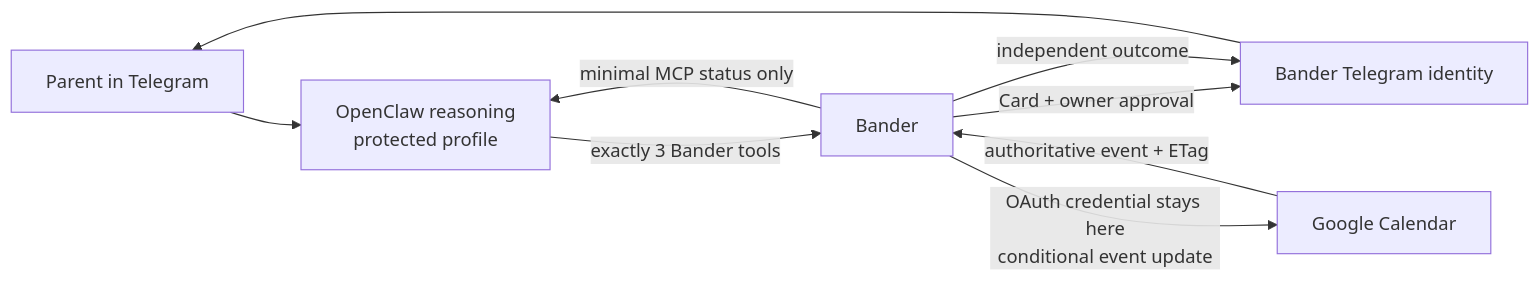
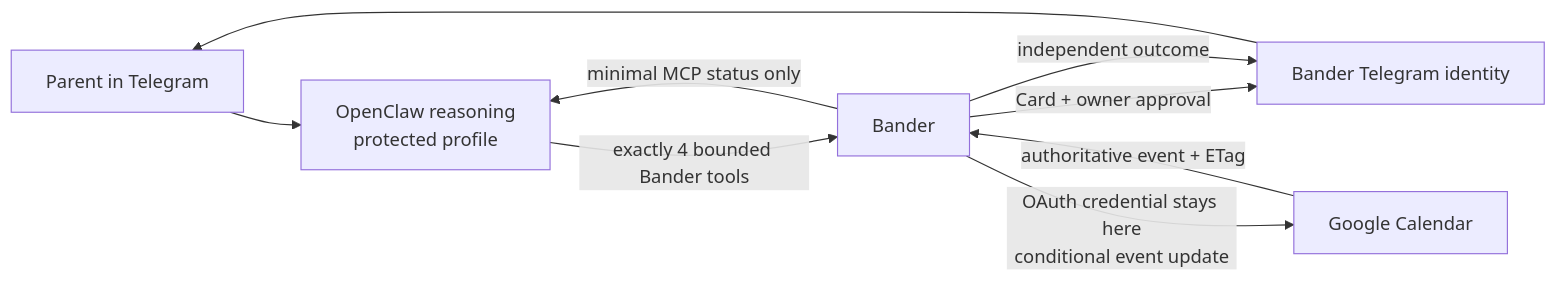
The diagram in README.md (gowtham0992/bander), drawn with Mermaid before and after one commit. The commit also changed other lines of this file and 25 other files, not shown here.

````diff
--- a/README.md
+++ b/README.md
@@ -48,11 +49,11 @@
 ```mermaid
 flowchart LR
     P["Parent in Telegram"] --> O["OpenClaw reasoning<br/>protected profile"]
-    O -->|"exactly 3 Bander tools"| B["Bander"]
+    O -->|"exactly 4 bounded Bander tools"| B["Bander"]
     B -->|"minimal MCP status only"| O
     B -->|"Card + owner approval"| T["Bander Telegram identity"]
     T --> P
     B -->|"OAuth credential stays here<br/>conditional event update"| G["Google Calendar"]
     G -->|"authoritative event + ETag"| B
     B -->|"independent outcome"| T
 ```
````
